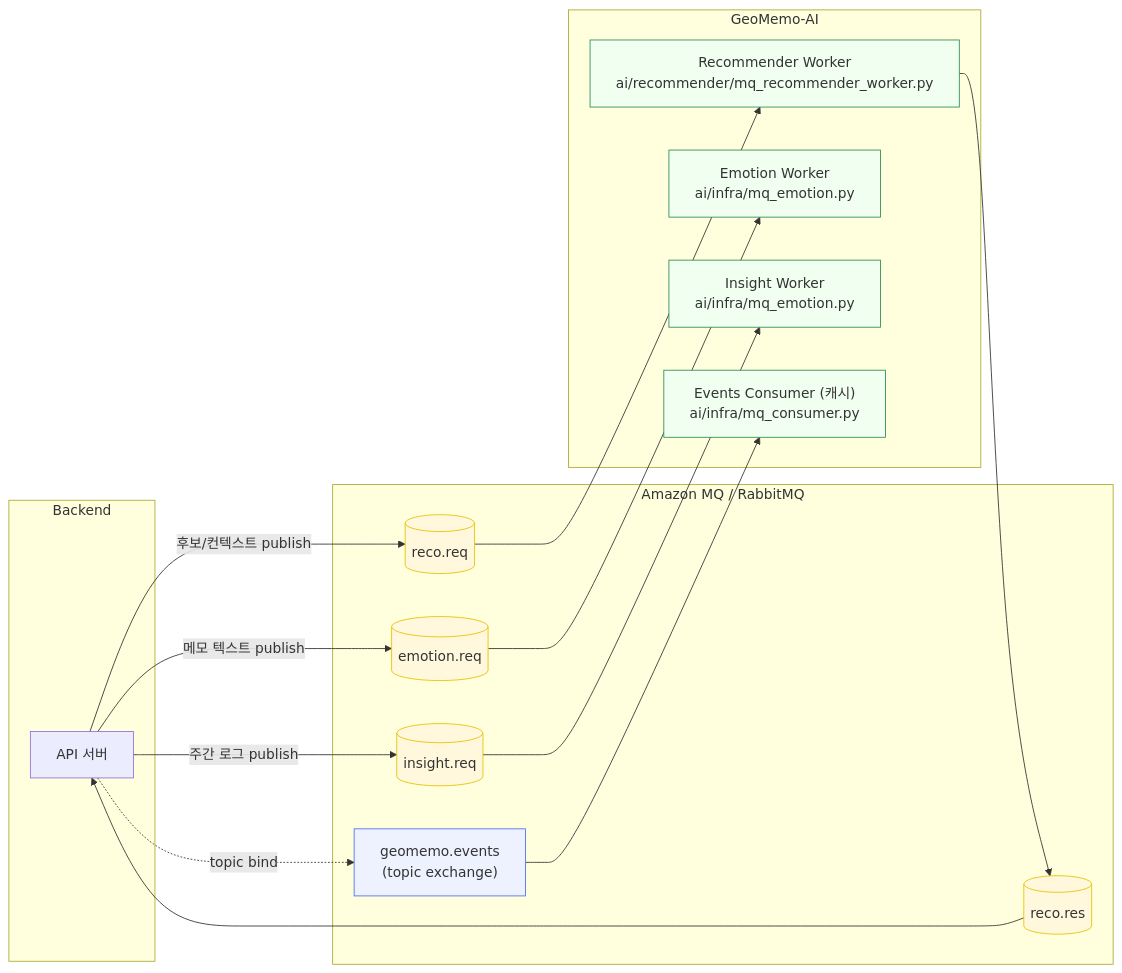
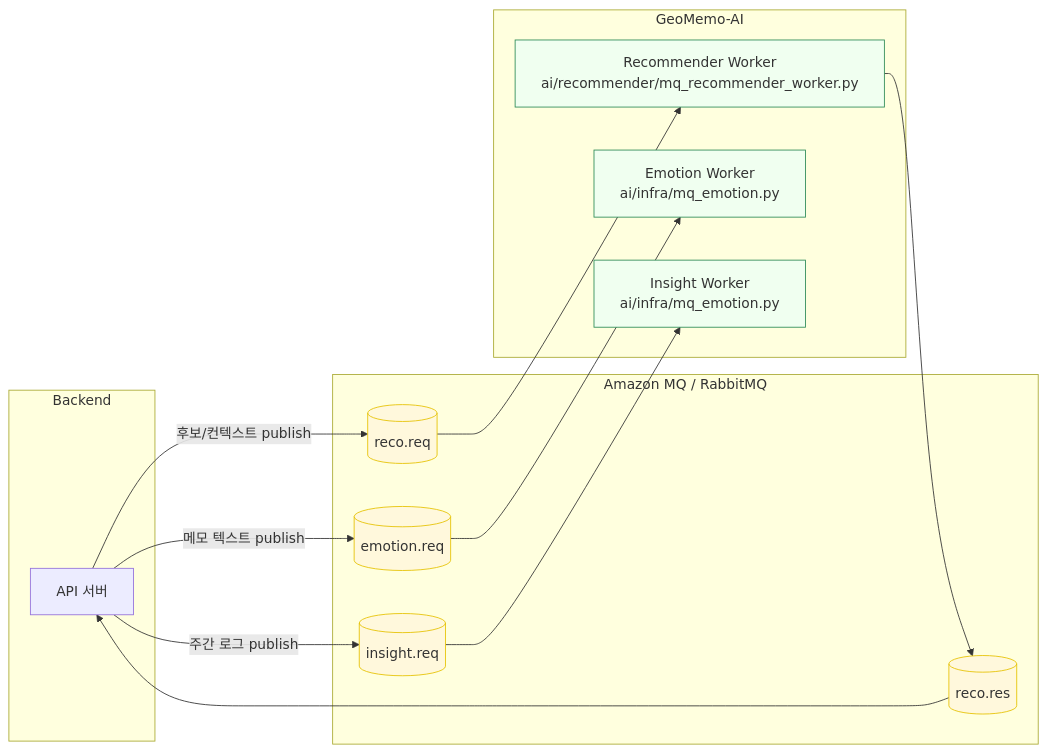
Before and after one commit to 2025-OSS-Project/GeoMemo-AI: the diagram in README.md, drawn with Mermaid.

Commit message:
feat.README mermaid 추가수정

````diff
--- a/README.md
+++ b/README.md
@@ -42,31 +42,27 @@
 ```mermaid
 flowchart LR
   subgraph Backend["Backend"]
     B1["API 서버"]
   end
 
   subgraph MQ["Amazon MQ / RabbitMQ"]
     QR[("reco.req")]:::q
     QRES[("reco.res")]:::q
     QE[("emotion.req")]:::q
     QI[("insight.req")]:::q
-    EX["geomemo.events<br/>(topic exchange)"]:::ex
   end
 
   subgraph AI["GeoMemo-AI"]
     RW["Recommender Worker<br/>ai/recommender/mq_recommender_worker.py"]:::svc
     EW["Emotion Worker<br/>ai/infra/mq_emotion.py"]:::svc
     IW["Insight Worker<br/>ai/infra/mq_emotion.py"]:::svc
-    EC["Events Consumer (캐시)<br/>ai/infra/mq_consumer.py"]:::svc
   end
 
   B1 -->|후보/컨텍스트 publish| QR --> RW --> QRES --> B1
   B1 -->|메모 텍스트 publish| QE --> EW
   B1 -->|주간 로그 publish| QI --> IW
-  B1 -. topic bind .-> EX --> EC
 
   classDef q fill:#FFF8DC,stroke:#E6C200,color:#333;
   classDef svc fill:#F0FFF0,stroke:#2E8B57,color:#333;
-  classDef ex fill:#EEF2FF,stroke:#4C6EF5,color:#333;
 
 ```
````
